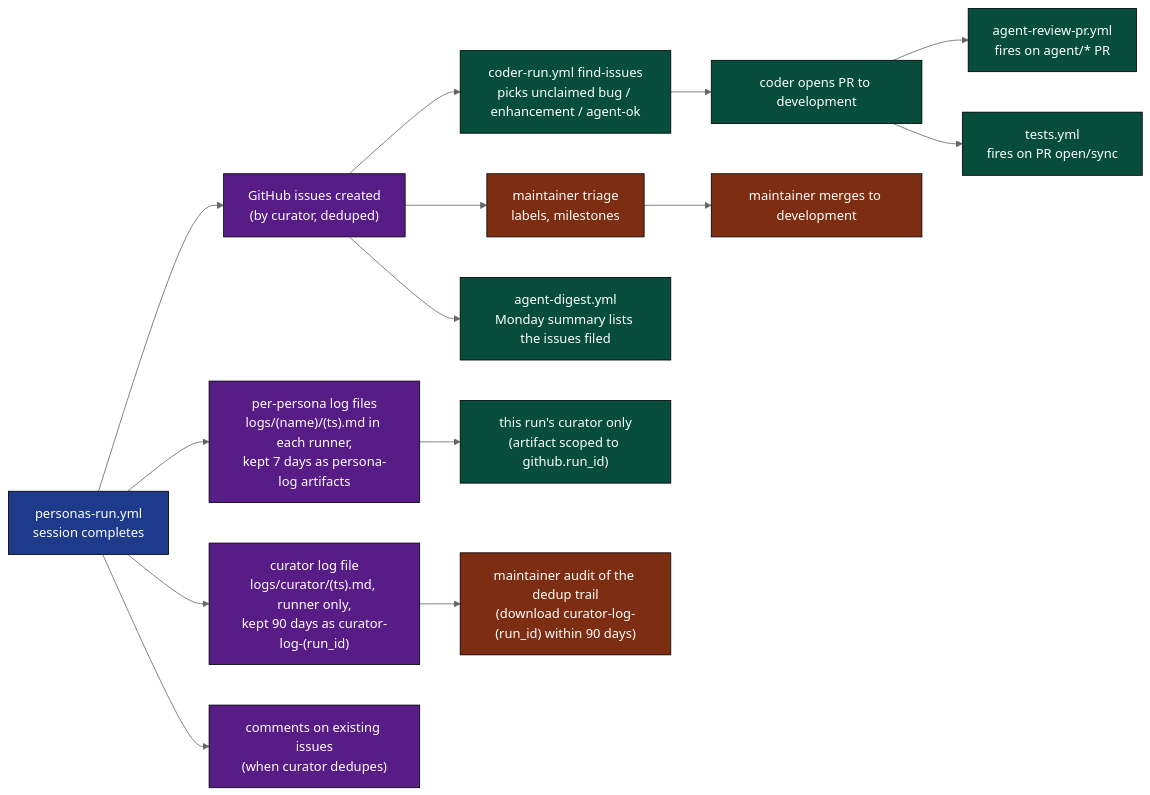
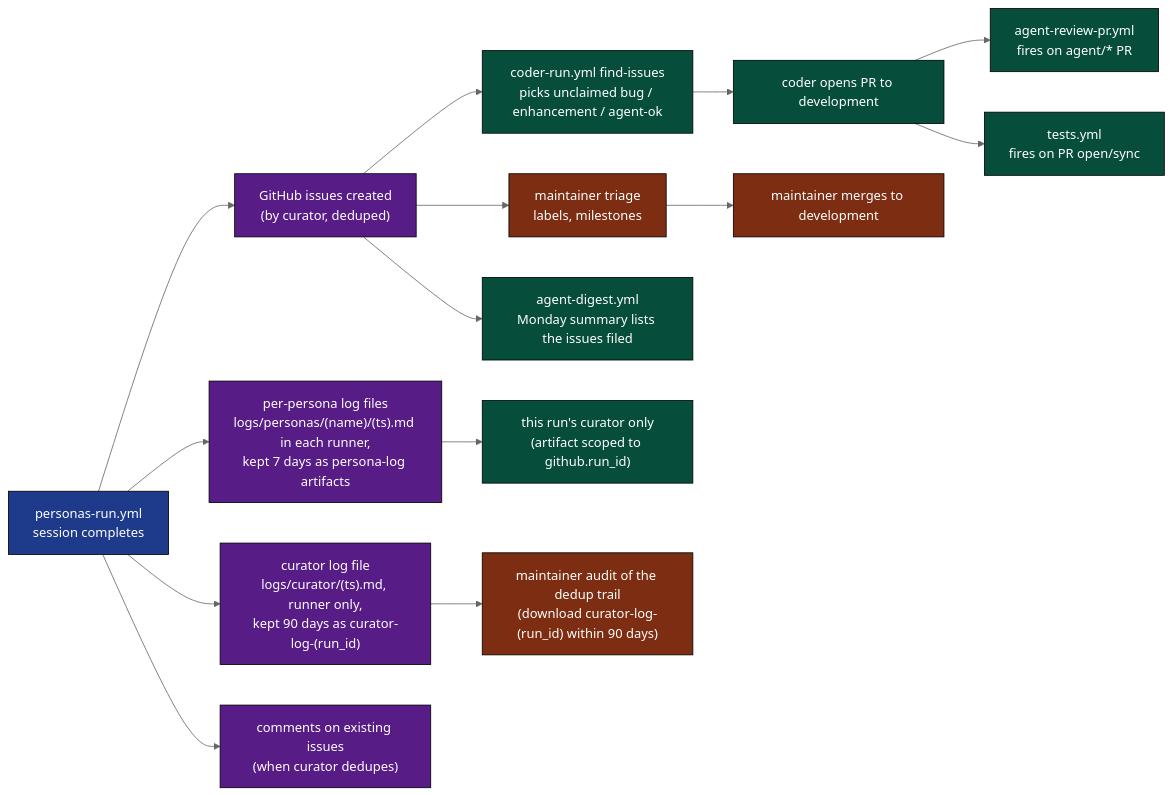
The ninth of 12 diagrams in .github/docs/PERSONAS_RUN_DEEP_DIVE.md (llm-exe/llm-exe), drawn with Mermaid (neutral theme) before and after one commit. The commit also changed other lines of this file and 2 other files, not shown here.

Commit message:
docs: sync personas deep dive and architecture after personas-run.yml clock_in path change

````diff
--- a/.github/docs/PERSONAS_RUN_DEEP_DIVE.md
+++ b/.github/docs/PERSONAS_RUN_DEEP_DIVE.md
@@ -558,26 +558,26 @@
 ```mermaid
 flowchart LR
     classDef src fill:#1e3a8a,color:#fff,stroke:#000
     classDef out fill:#581c87,color:#fff,stroke:#000
     classDef cons fill:#064e3b,color:#fff,stroke:#000
     classDef human fill:#7c2d12,color:#fff,stroke:#000
 
     PR["personas-run.yml\nsession completes"]:::src
 
-    PR --> O1["per-persona log files\nlogs/(name)/(ts).md in each runner,\nkept 7 days as persona-log artifacts"]:::out
+    PR --> O1["per-persona log files\nlogs/personas/(name)/(ts).md in each runner,\nkept 7 days as persona-log artifacts"]:::out
     PR --> O2["curator log file\nlogs/curator/(ts).md, runner only,\nkept 90 days as curator-log-(run_id)"]:::out
     PR --> O3["GitHub issues created\n(by curator, deduped)"]:::out
     PR --> O4["comments on existing issues\n(when curator dedupes)"]:::out
 
     O3 --> C1["coder-run.yml find-issues\npicks unclaimed bug / enhancement / agent-ok"]:::cons
     O3 --> C2["maintainer triage\nlabels, milestones"]:::human
     O3 --> C5["agent-digest.yml\nMonday summary lists the issues filed"]:::cons
 
     O1 --> C4["this run's curator only\n(artifact scoped to github.run_id)"]:::cons
     O2 --> C9["maintainer audit of the dedup trail\n(download curator-log-(run_id) within 90 days)"]:::human
 
     C1 --> C6["coder opens PR to development"]:::cons
     C6 --> C7["agent-review-pr.yml\nfires on agent/* PR"]:::cons
     C6 --> C8["tests.yml\nfires on PR open/sync"]:::cons
     C2 --> M["maintainer merges to development"]:::human
 ```
````
